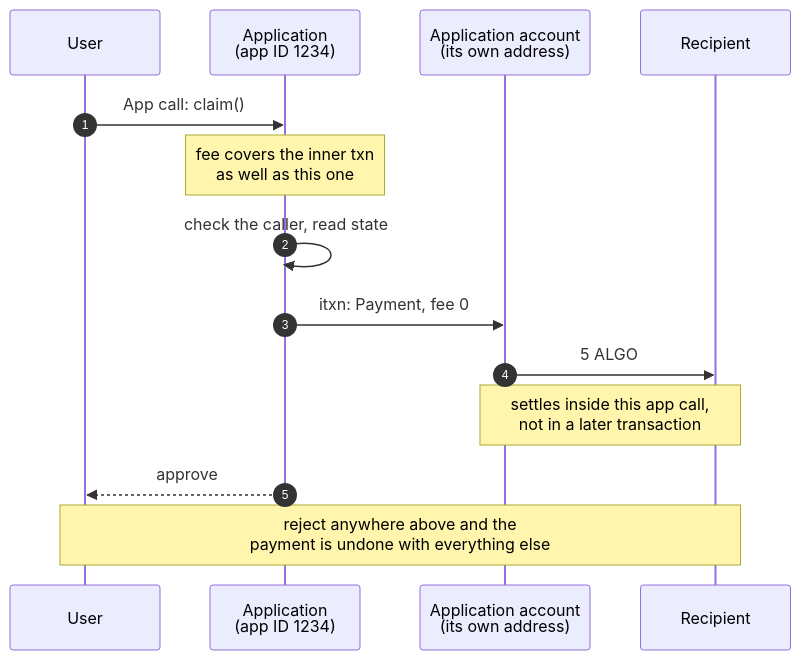
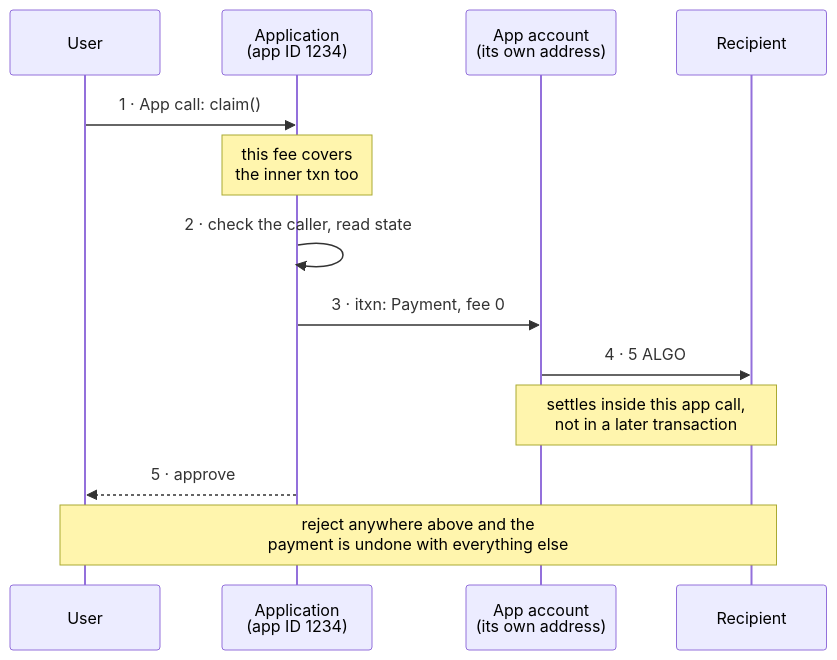
Before and after one commit to m1o1/building-on-algo: the diagram in figures/src/contract-as-sender.mmd, drawn with Mermaid. The commit also changed 56 other files, not shown here.

```diff
--- a/figures/src/contract-as-sender.mmd
+++ b/figures/src/contract-as-sender.mmd
@@ -1,18 +1,51 @@
 %% A contract is an account, and it can spend. The sequence matters more than the
 %% cast: the inner payment is submitted by the AVM during the app call, from the
 %% application's own address, and it settles before the call returns.
+%% .
+%% THE STEP NUMBERS ARE IN THE LABELS BECAUSE `autonumber` SETS THEM SMALLER THAN
+%% EVERYTHING ELSE. Measured on the built PDF: every actor, message and note in
+%% this diagram renders at 12.00pt native, but autonumber's digits render at
+%% 9.00pt. The book scales a figure to the 470.4pt text width and never scales one
+%% up, so on this 637.50pt canvas the 12.00pt text sets at 8.85pt -- comfortably
+%% over the house's 8pt floor -- while the digits set at 6.64pt and fail it. The
+%% canvas was never the problem here, so there is nothing to re-lay-out: numbering
+%% the labels by hand puts the ordering cue at the same size as the text it orders.
+%% Note also that theme.json's `sequence.messageFontSize`, `actorFontSize` and
+%% `noteFontSize` are inert -- everything comes out 16px regardless of them -- so
+%% raising those numbers is not an alternative fix.
+%% .
+%% AN ACTOR BOX IS A FIXED 150px WIDE AND DOES NOT GROW TO ITS LABEL. Measured on
+%% the rendered SVG with the shapes stripped out: every actor rect is width="150",
+%% whatever is written in it. `Application account` sets 157px at 16px, so it
+%% overhung its own box by 3.5px at each end and the leading `A` and trailing `t`
+%% rendered sitting on the box rules -- the same defect as `$ha512_256` in
+%% abi-call-wire.svg, and found the same way, by looking at the raster. `App
+%% account` is 91px and clears the rules by 29px each side; the book uses that
+%% wording thirty times, so it costs no precision. Keep every actor line under
+%% about 130px, which is fifteen mixed-case characters at 8.3px each. Widening the
+%% box with a `sequence.width` init directive is NOT the alternative: it widens
+%% the inter-actor spacing too, which takes the canvas past 940px, and past 940px
+%% the 16px text itself drops under the 8pt floor.
+%% .
+%% A `Note over` ONE ACTOR IS FIXED-WIDTH FOR THE SAME REASON, at the actor's 150px
+%% plus the box margin, so 170px. `fee covers the inner txn` set 190px and overhung
+%% that note by 10px at each end exactly as the actor label did. Hold a one-actor
+%% note to about 150px a line, which is nineteen mixed-case characters at 7.9px
+%% each. A `Note over` TWO actors is sized from the span between them and has room:
+%% the `settles inside this app call,` note is 210px inside a 250px box, and the
+%% closing note spanning all four actors is 320px inside 670px. Only the
+%% single-actor note is tight.
 sequenceDiagram
-    autonumber
     participant U as User
     participant A as Application<br/>(app ID 1234)
-    participant AA as Application account<br/>(its own address)
+    participant AA as App account<br/>(its own address)
     participant R as Recipient
 
-    U->>A: App call: claim()
-    Note over A: fee covers the inner txn<br/>as well as this one
-    A->>A: check the caller, read state
-    A->>AA: itxn: Payment, fee 0
-    AA->>R: 5 ALGO
+    U->>A: 1 · App call: claim()
+    Note over A: this fee covers<br/>the inner txn too
+    A->>A: 2 · check the caller, read state
+    A->>AA: 3 · itxn: Payment, fee 0
+    AA->>R: 4 · 5 ALGO
     Note over AA,R: settles inside this app call,<br/>not in a later transaction
-    A-->>U: approve
+    A-->>U: 5 · approve
     Note over U,R: reject anywhere above and the<br/>payment is undone with everything else
```
